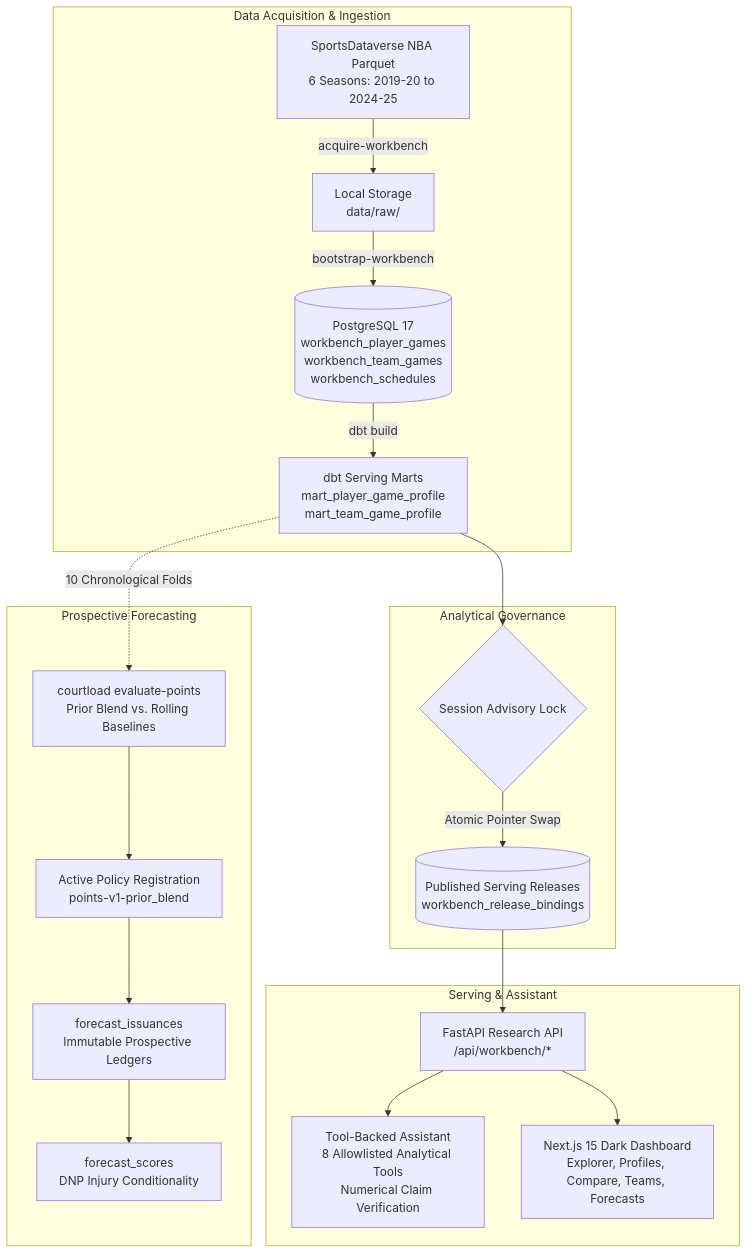
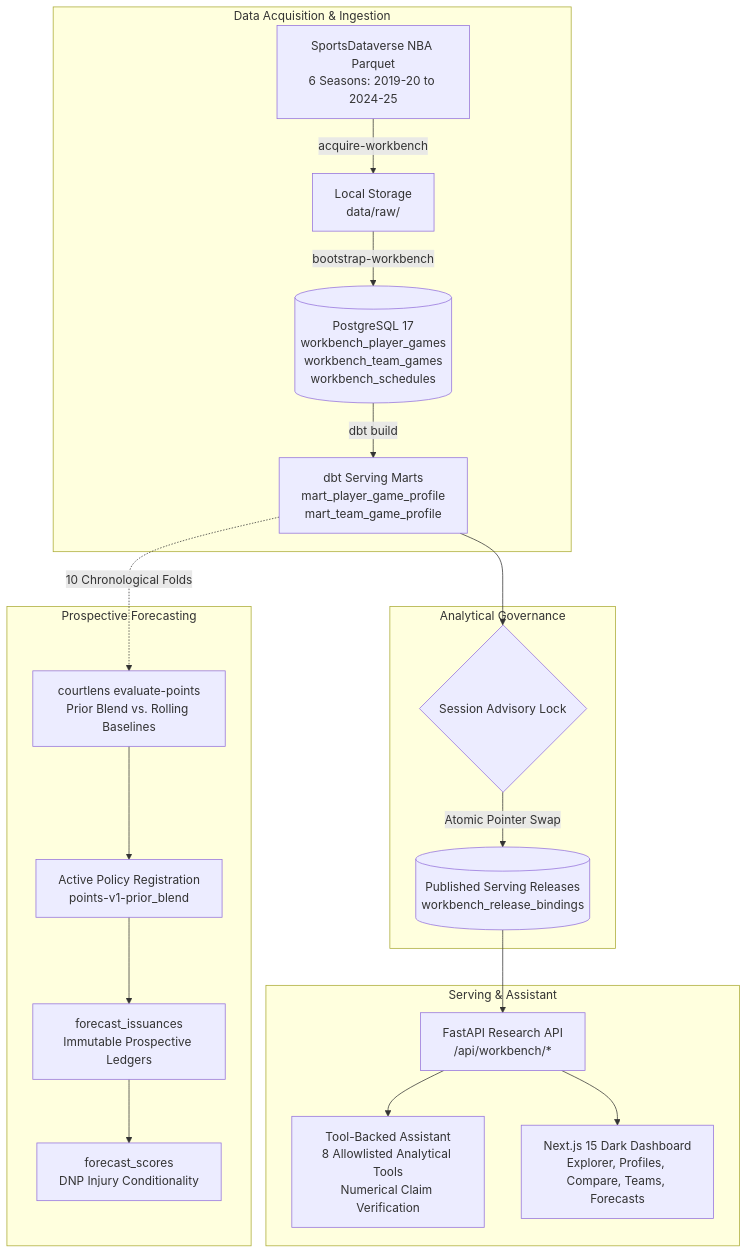
One commit to calebhabesh/courtlens changed the diagram in README.md. Above: the diagram before and after it, drawn with Mermaid. The commit also changed other lines of this file and 651 other files, not shown here.

````diff
--- a/README.md
+++ b/README.md
@@ -90,26 +90,26 @@
 ```mermaid
 flowchart TD
     subgraph Data Acquisition & Ingestion
         RAW[SportsDataverse NBA Parquet<br/>6 Seasons: 2019-20 to 2024-25] -->|acquire-workbench| STG_FILES[Local Storage<br/>data/raw/]
         STG_FILES -->|bootstrap-workbench| FACTS[(PostgreSQL 17<br/>workbench_player_games<br/>workbench_team_games<br/>workbench_schedules)]
         FACTS -->|dbt build| WAREHOUSE[dbt Serving Marts<br/>mart_player_game_profile<br/>mart_team_game_profile]
     end
 
     subgraph Analytical Governance
         WAREHOUSE --> LOCK{Session Advisory Lock}
         LOCK -->|Atomic Pointer Swap| SNAPSHOTS[(Published Serving Releases<br/>workbench_release_bindings)]
     end
 
     subgraph Prospective Forecasting
-        WAREHOUSE -.->|10 Chronological Folds| EVAL[courtload evaluate-points<br/>Prior Blend vs. Rolling Baselines]
+        WAREHOUSE -.->|10 Chronological Folds| EVAL[courtlens evaluate-points<br/>Prior Blend vs. Rolling Baselines]
         EVAL --> POLICY[Active Policy Registration<br/>points-v1-prior_blend]
         POLICY --> ISSUANCE[forecast_issuances<br/>Immutable Prospective Ledgers]
         ISSUANCE --> SCORING[forecast_scores<br/>DNP Injury Conditionality]
     end
 
     subgraph Serving & Assistant
         SNAPSHOTS --> API[FastAPI Research API<br/>/api/workbench/*]
         API --> ASST[Tool-Backed Assistant<br/>8 Allowlisted Analytical Tools<br/>Numerical Claim Verification]
         API --> DASH[Next.js 15 Dark Dashboard<br/>Explorer, Profiles, Compare, Teams, Forecasts]
     end
 ```
````
